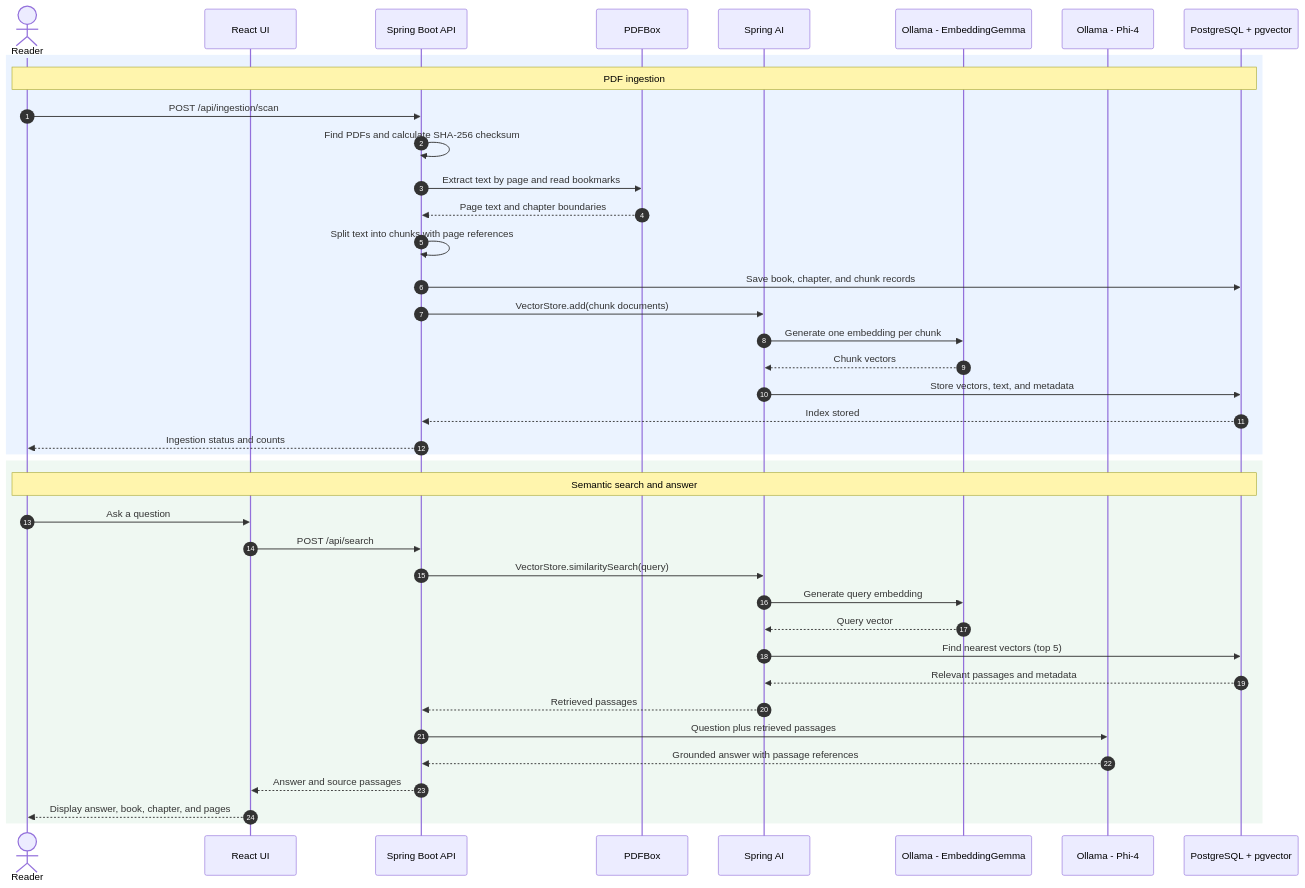
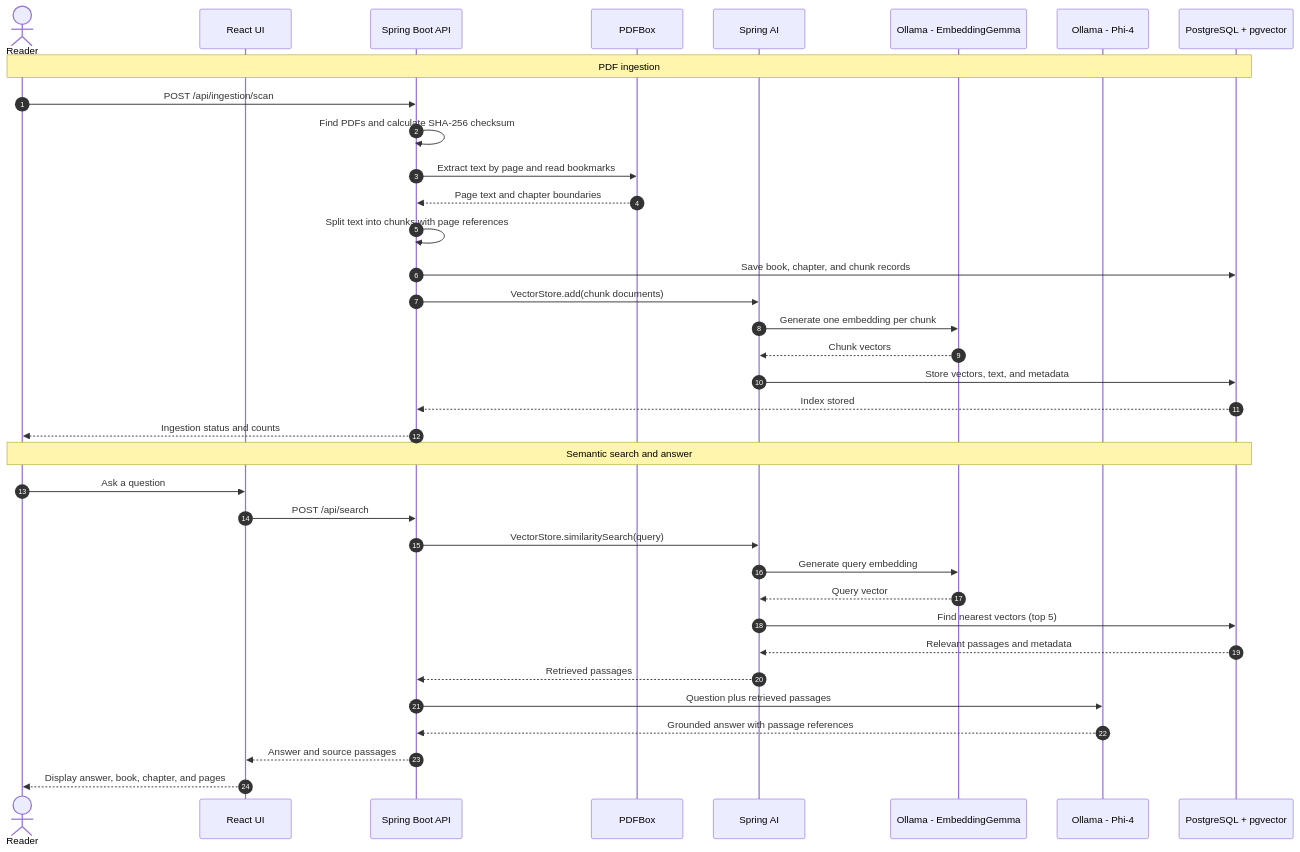
Before and after one commit to juanmorschrott/custom-rag: the diagram in docs/architecture.md, drawn with Mermaid.

Commit message:
Remove RGB colors from diagram

````diff
--- a/docs/architecture.md
+++ b/docs/architecture.md
@@ -19,44 +19,40 @@
 ```mermaid
 sequenceDiagram
     autonumber
     actor Reader
     participant UI as React UI
     participant API as Spring Boot API
     participant PDF as PDFBox
     participant AI as Spring AI
     participant Embed as Ollama - EmbeddingGemma
     participant LLM as Ollama - Phi-4
     participant DB as PostgreSQL + pgvector
 
-    rect rgb(235, 243, 255)
-        Note over Reader,DB: PDF ingestion
-        Reader->>API: POST /api/ingestion/scan
-        API->>API: Find PDFs and calculate SHA-256 checksum
-        API->>PDF: Extract text by page and read bookmarks
-        PDF-->>API: Page text and chapter boundaries
-        API->>API: Split text into chunks with page references
-        API->>DB: Save book, chapter, and chunk records
-        API->>AI: VectorStore.add(chunk documents)
-        AI->>Embed: Generate one embedding per chunk
-        Embed-->>AI: Chunk vectors
-        AI->>DB: Store vectors, text, and metadata
-        DB-->>API: Index stored
-        API-->>Reader: Ingestion status and counts
-    end
+    Note over Reader,DB: PDF ingestion
+    Reader->>API: POST /api/ingestion/scan
+    API->>API: Find PDFs and calculate SHA-256 checksum
+    API->>PDF: Extract text by page and read bookmarks
+    PDF-->>API: Page text and chapter boundaries
+    API->>API: Split text into chunks with page references
+    API->>DB: Save book, chapter, and chunk records
+    API->>AI: VectorStore.add(chunk documents)
+    AI->>Embed: Generate one embedding per chunk
+    Embed-->>AI: Chunk vectors
+    AI->>DB: Store vectors, text, and metadata
+    DB-->>API: Index stored
+    API-->>Reader: Ingestion status and counts
 
-    rect rgb(239, 248, 242)
-        Note over Reader,DB: Semantic search and answer
-        Reader->>UI: Ask a question
-        UI->>API: POST /api/search
-        API->>AI: VectorStore.similaritySearch(query)
-        AI->>Embed: Generate query embedding
-        Embed-->>AI: Query vector
-        AI->>DB: Find nearest vectors (top 5)
-        DB-->>AI: Relevant passages and metadata
-        AI-->>API: Retrieved passages
-        API->>LLM: Question plus retrieved passages
-        LLM-->>API: Grounded answer with passage references
-        API-->>UI: Answer and source passages
-        UI-->>Reader: Display answer, book, chapter, and pages
-    end
+    Note over Reader,DB: Semantic search and answer
+    Reader->>UI: Ask a question
+    UI->>API: POST /api/search
+    API->>AI: VectorStore.similaritySearch(query)
+    AI->>Embed: Generate query embedding
+    Embed-->>AI: Query vector
+    AI->>DB: Find nearest vectors (top 5)
+    DB-->>AI: Relevant passages and metadata
+    AI-->>API: Retrieved passages
+    API->>LLM: Question plus retrieved passages
+    LLM-->>API: Grounded answer with passage references
+    API-->>UI: Answer and source passages
+    UI-->>Reader: Display answer, book, chapter, and pages
 ```
````
